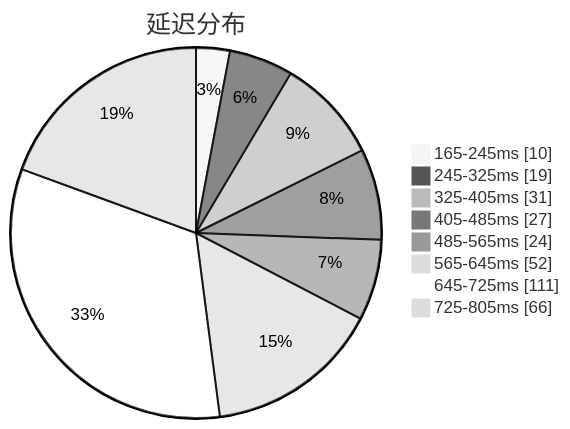
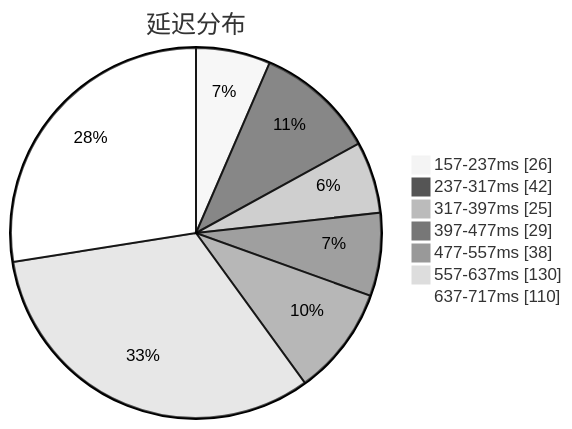
One commit to qjlxg/airport changed the first of 3 diagrams in subs/statistics/tested_within.md. Above: the diagram before and after it, drawn with Mermaid (neutral theme). The commit also changed other lines of this file and 2 other files, not shown here.

Commit message:
Tested by metaST

````diff
--- a/subs/statistics/tested_within.md
+++ b/subs/statistics/tested_within.md
@@ -2,12 +2,11 @@
 ```mermaid
 pie showData
 title 延迟分布
-"165-245ms" : 10
-"245-325ms" : 19
-"325-405ms" : 31
-"405-485ms" : 27
-"485-565ms" : 24
-"565-645ms" : 52
-"645-725ms" : 111
-"725-805ms" : 66
+"157-237ms" : 26
+"237-317ms" : 42
+"317-397ms" : 25
+"397-477ms" : 29
+"477-557ms" : 38
+"557-637ms" : 130
+"637-717ms" : 110
 ```
````
